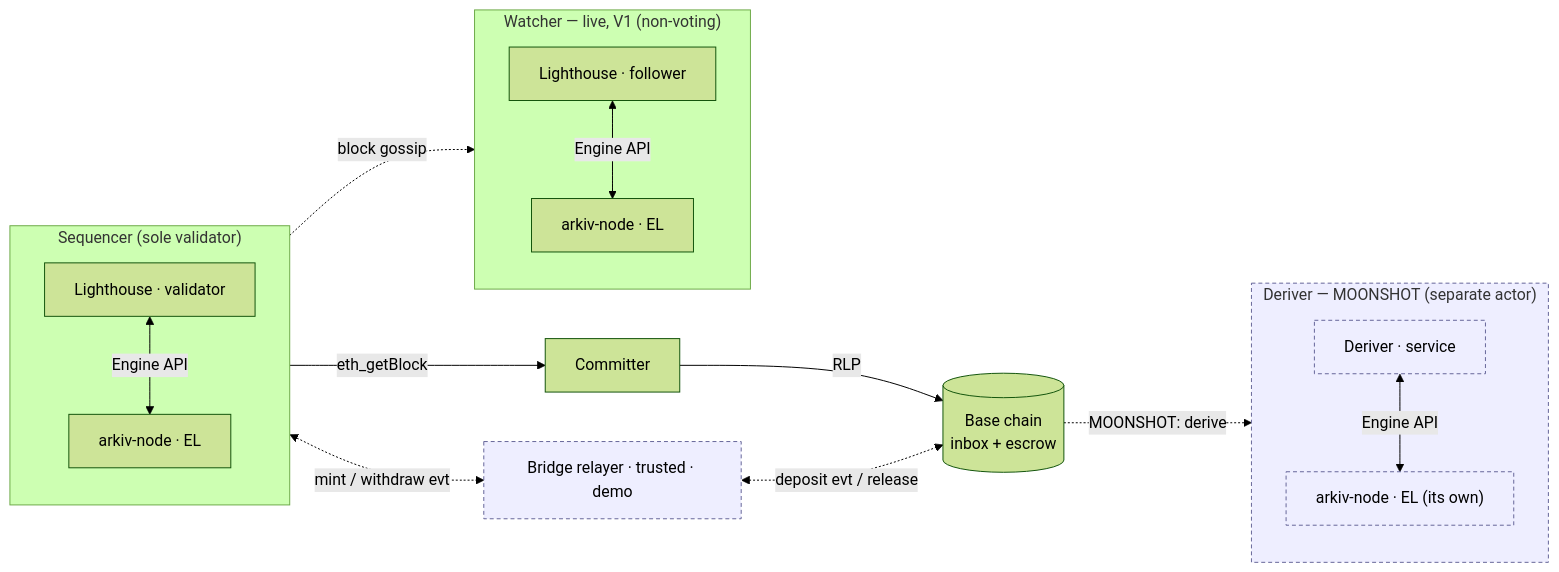
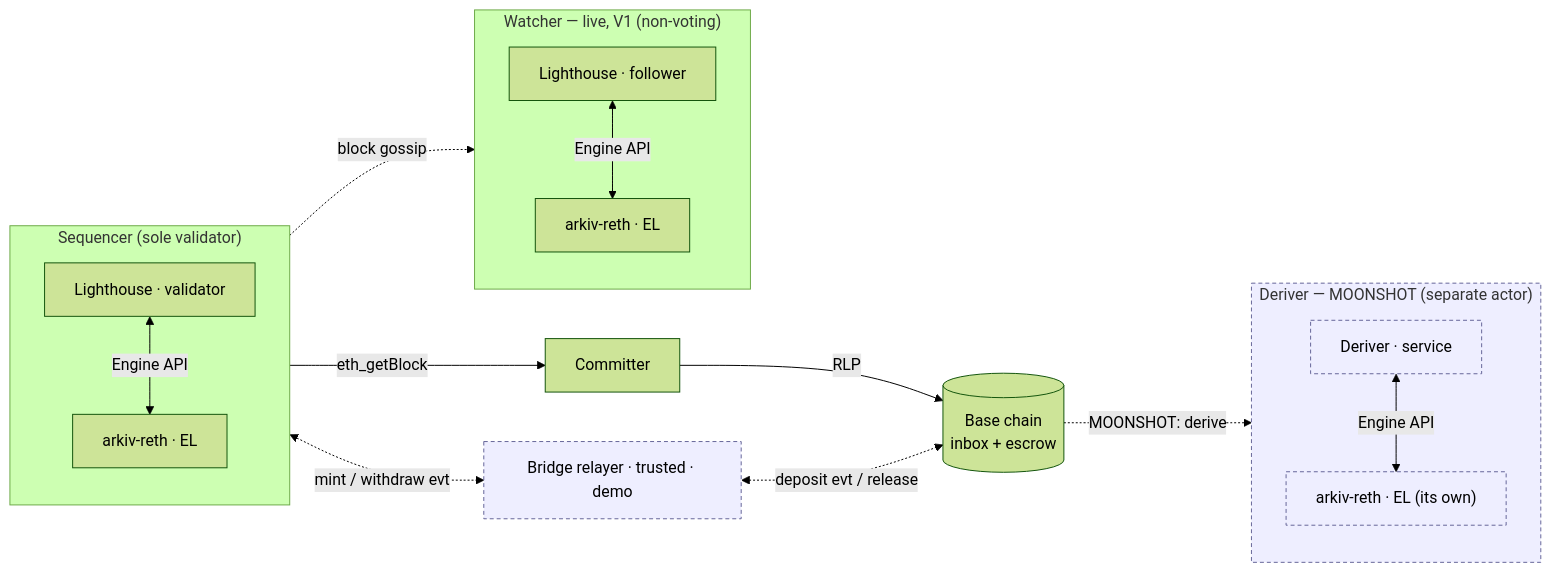
Before and after one commit to Arkiv-Network/arkiv: the first of 7 diagrams in docs/september-action-plan.md, drawn with Mermaid (forest theme). The commit also changed other lines of this file, not shown here.

Commit message:
docs: rename arkiv-node to arkiv-reth in the September action plan (#54)

````diff
--- a/docs/september-action-plan.md
+++ b/docs/september-action-plan.md
@@ -33,32 +33,32 @@
 ```mermaid
 flowchart LR
   subgraph SEQ["Sequencer (sole validator)"]
     direction TB
     LH["Lighthouse · validator"]
-    SN["arkiv-node · EL"]
+    SN["arkiv-reth · EL"]
     LH <-->|Engine API| SN
   end
   subgraph WAT["Watcher — live, V1 (non-voting)"]
     direction TB
     WL["Lighthouse · follower"]
-    WN["arkiv-node · EL"]
+    WN["arkiv-reth · EL"]
     WL <-->|Engine API| WN
   end
   subgraph DER["Deriver — MOONSHOT (separate actor)"]
     direction TB
     DV["Deriver · service"]
-    RN["arkiv-node · EL (its own)"]
+    RN["arkiv-reth · EL (its own)"]
     DV <-->|Engine API| RN
   end
   BR["Bridge relayer · trusted · demo"]
 
   LH -.->|block gossip| WL
   SN -->|eth_getBlock| CM["Committer"]
   CM -->|RLP| BASE[("Base chain<br/>inbox + escrow")]
   BASE -.->|MOONSHOT: derive| DV
   SN <-.->|mint / withdraw evt| BR
   BR <-.->|deposit evt / release| BASE
 
   classDef demo fill:#eef,stroke:#669,stroke-dasharray:4 3;
   class BR,DER,DV,RN demo;
 ```
````
